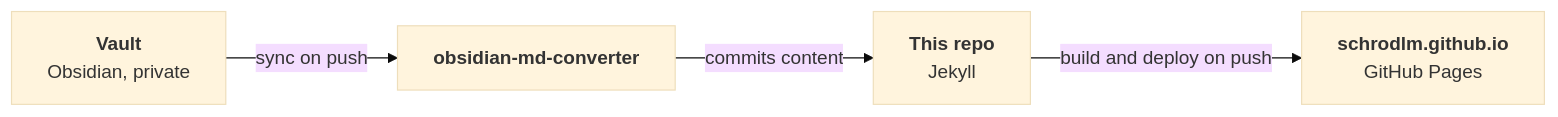
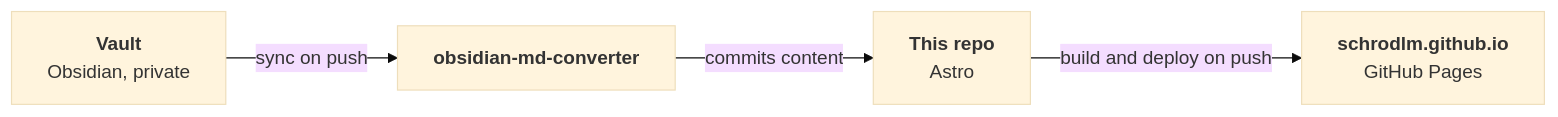
One commit to schrodlm/schrodlm.github.io changed the diagram in README.md. Above: the diagram before and after it, drawn with Mermaid (base theme). The commit also changed other lines of this file, not shown here.

Commit message:
Describe the Astro site in the README: what is on it, the pipeline and how to run it

````diff
--- a/README.md
+++ b/README.md
@@ -34,11 +39,11 @@
 ```mermaid
 flowchart LR
     vault["<b>Vault</b><br>Obsidian, private"]
     converter["<b>obsidian-md-converter</b>"]
-    site["<b>This repo</b><br>Jekyll"]
+    site["<b>This repo</b><br>Astro"]
     pages["<b>schrodlm.github.io</b><br>GitHub Pages"]
 
     vault -- "sync on push" --> converter
     converter -- "commits content" --> site
     site -- "build and deploy on push" --> pages
 ```
````
